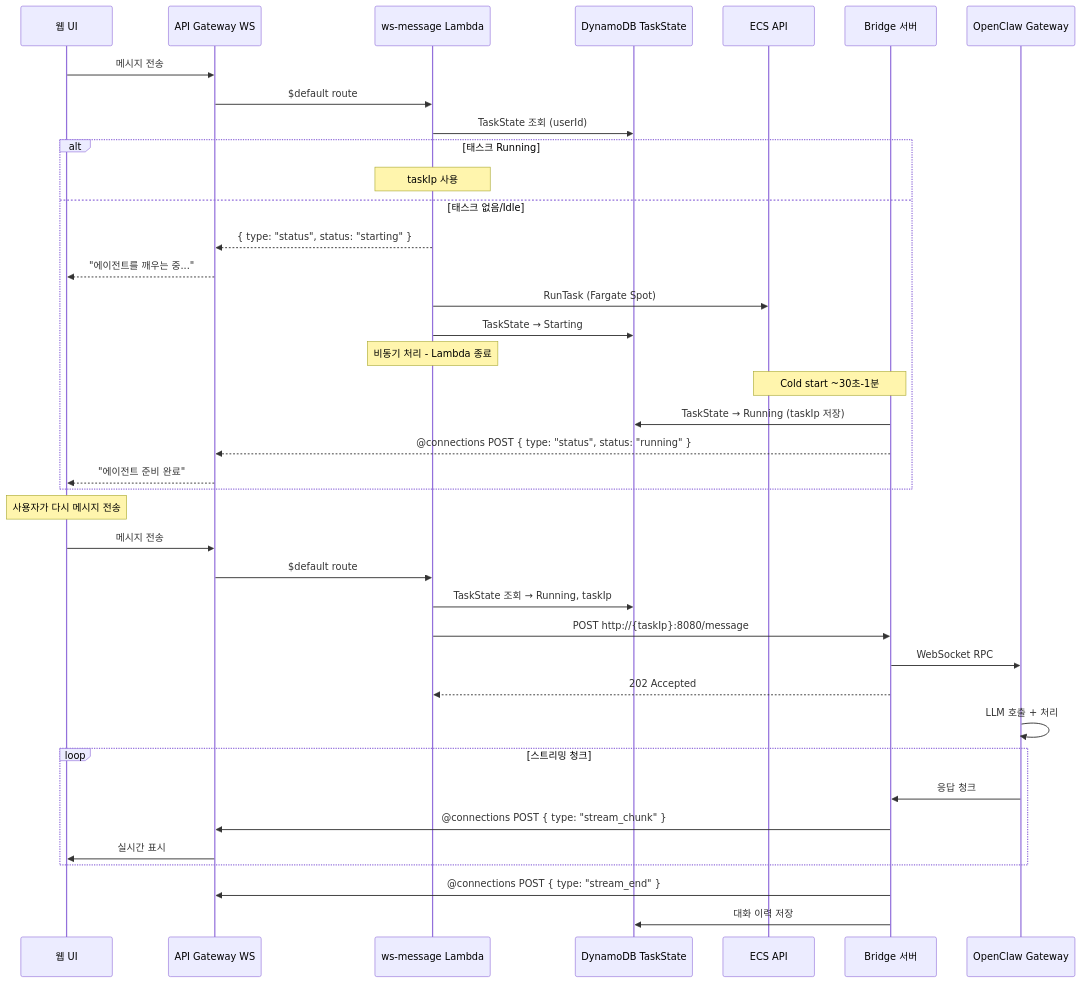
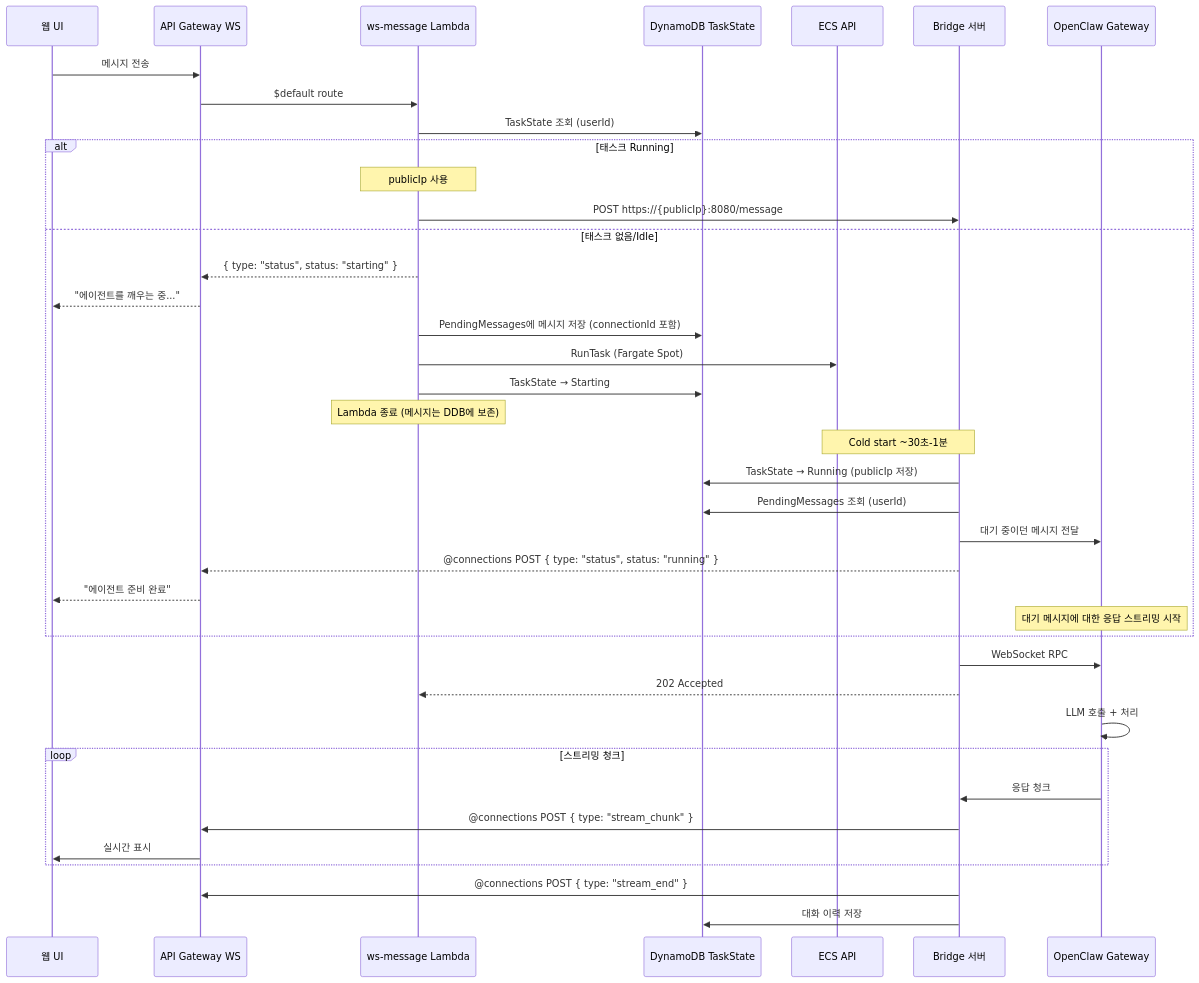
The second of 3 diagrams in docs/implementation-plan.md (geoseong/serverless-openclaw), drawn with Mermaid before and after one commit. The commit also changed other lines of this file and 5 other files, not shown here.

````diff
--- a/docs/implementation-plan.md
+++ b/docs/implementation-plan.md
@@ -285,47 +412,46 @@
 ```mermaid
 sequenceDiagram
     participant Client as 웹 UI
     participant APIGW as API Gateway WS
     participant Lambda as ws-message Lambda
     participant DDB as DynamoDB TaskState
     participant ECS as ECS API
     participant Bridge as Bridge 서버
     participant OC as OpenClaw Gateway
 
     Client->>APIGW: 메시지 전송
     APIGW->>Lambda: $default route
 
     Lambda->>DDB: TaskState 조회 (userId)
 
     alt 태스크 Running
-        Note over Lambda: taskIp 사용
+        Note over Lambda: publicIp 사용
+        Lambda->>Bridge: POST https://{publicIp}:8080/message
     else 태스크 없음/Idle
         Lambda-->>APIGW: { type: "status", status: "starting" }
         APIGW-->>Client: "에이전트를 깨우는 중..."
+        Lambda->>DDB: PendingMessages에 메시지 저장 (connectionId 포함)
         Lambda->>ECS: RunTask (Fargate Spot)
         Lambda->>DDB: TaskState → Starting
-        Note over Lambda: 비동기 처리 - Lambda 종료
+        Note over Lambda: Lambda 종료 (메시지는 DDB에 보존)
         Note over ECS,Bridge: Cold start ~30초-1분
-        Bridge->>DDB: TaskState → Running (taskIp 저장)
+        Bridge->>DDB: TaskState → Running (publicIp 저장)
+        Bridge->>DDB: PendingMessages 조회 (userId)
+        Bridge->>OC: 대기 중이던 메시지 전달
         Bridge-->>APIGW: @connections POST { type: "status", status: "running" }
         APIGW-->>Client: "에이전트 준비 완료"
+        Note over OC: 대기 메시지에 대한 응답 스트리밍 시작
     end
-
-    Note over Client: 사용자가 다시 메시지 전송
-    Client->>APIGW: 메시지 전송
-    APIGW->>Lambda: $default route
-    Lambda->>DDB: TaskState 조회 → Running, taskIp
-    Lambda->>Bridge: POST http://{taskIp}:8080/message
     Bridge->>OC: WebSocket RPC
     Bridge-->>Lambda: 202 Accepted
     OC->>OC: LLM 호출 + 처리
 
     loop 스트리밍 청크
         OC->>Bridge: 응답 청크
         Bridge->>APIGW: @connections POST { type: "stream_chunk" }
         APIGW->>Client: 실시간 표시
     end
 
     Bridge->>APIGW: @connections POST { type: "stream_end" }
     Bridge->>DDB: 대화 이력 저장
 ```
````
